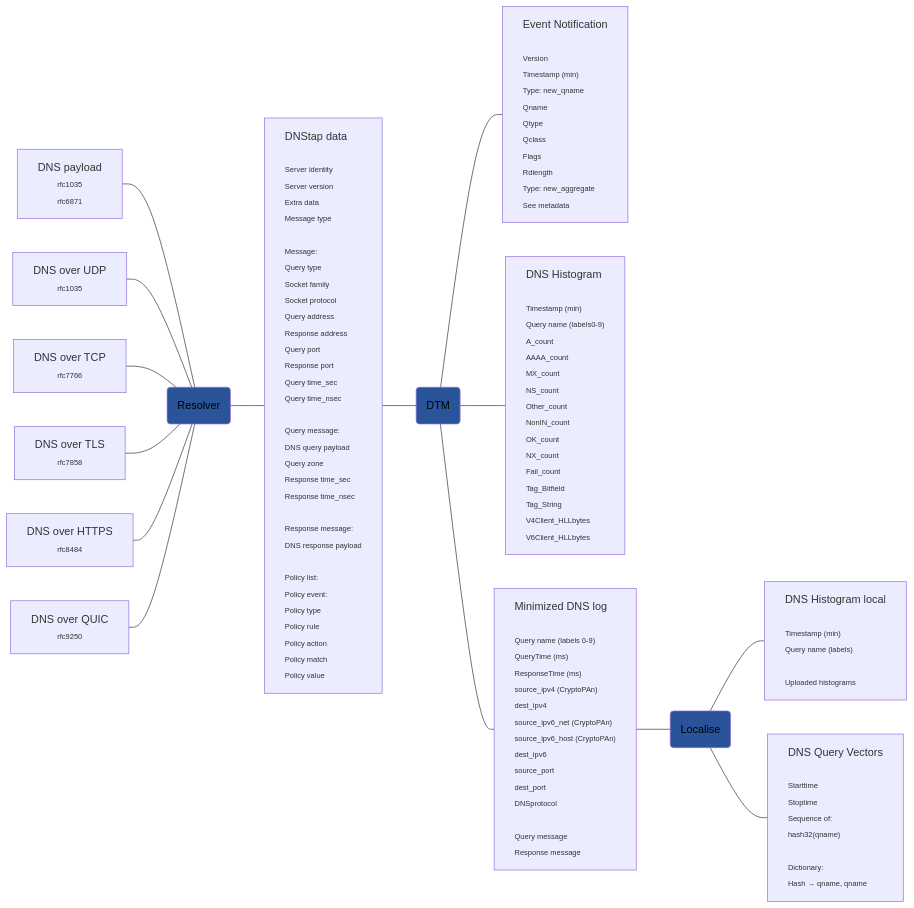
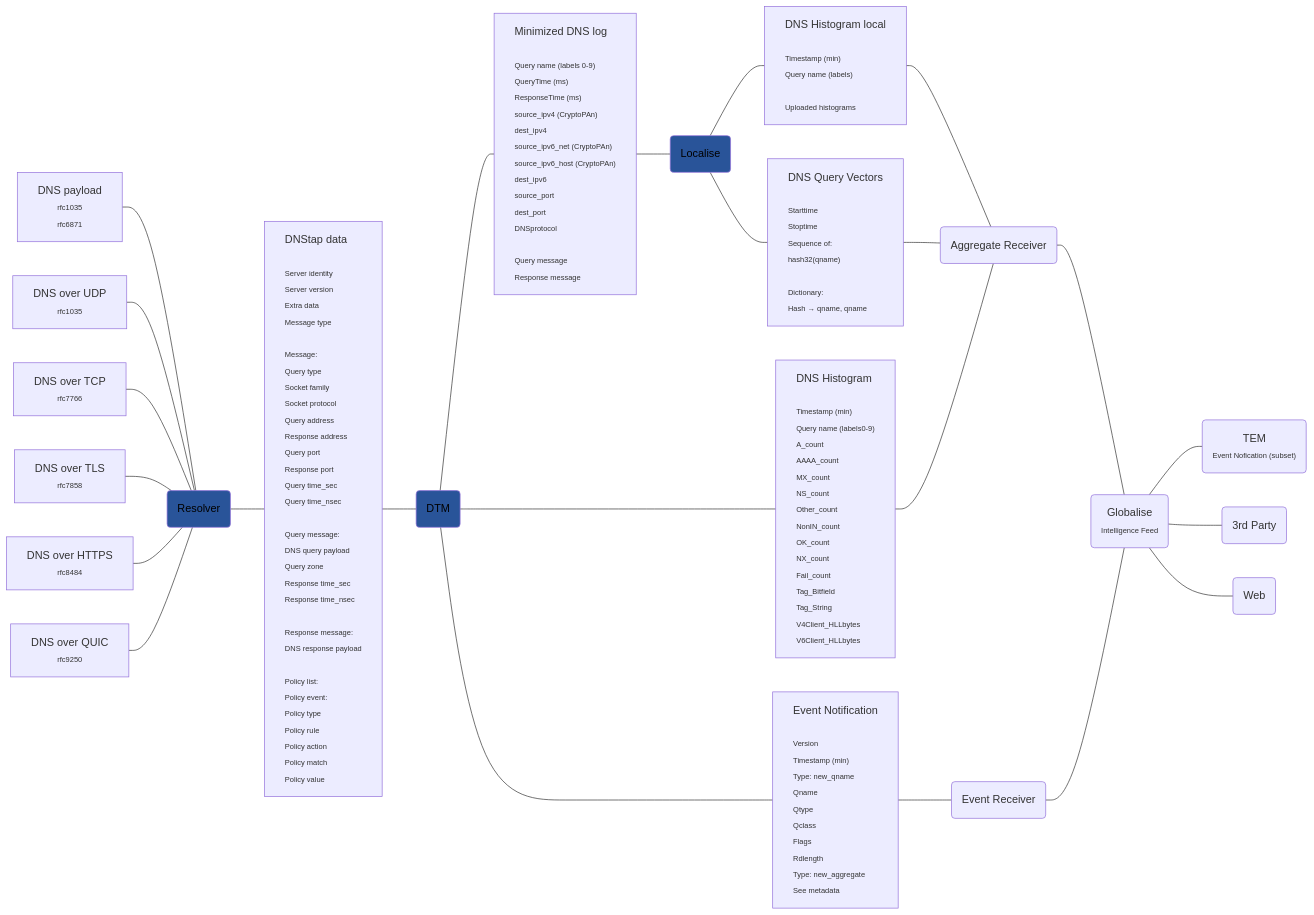
Before and after one commit to dnstapir/datasets: the diagram in dnsdataflow.md, drawn with Mermaid.

```diff
--- a/dnsdataflow.md
+++ b/dnsdataflow.md
@@ -129,6 +129,18 @@
 Dictionary:
 Hash → qname, qname"
 ]:::left
+HL --- AF(Aggregate Receiver)
+QV --- AF
+Hist --- AF
+AF --- Gb(Globalise
+<span style='font-size:11px;'>Intelligence Feed</span>)
+Event --- Er(Event Receiver)
+Er --- Gb
+Gb --- Tem("TEM
+<span style='font-size:11px;'>Event Nofication (subset)</span>")
+Gb --- 3p(3rd Party)
+Gb --- W(Web)
+
 
 classDef service fill:#295499,color:#000
 classDef left text-align:left
```
